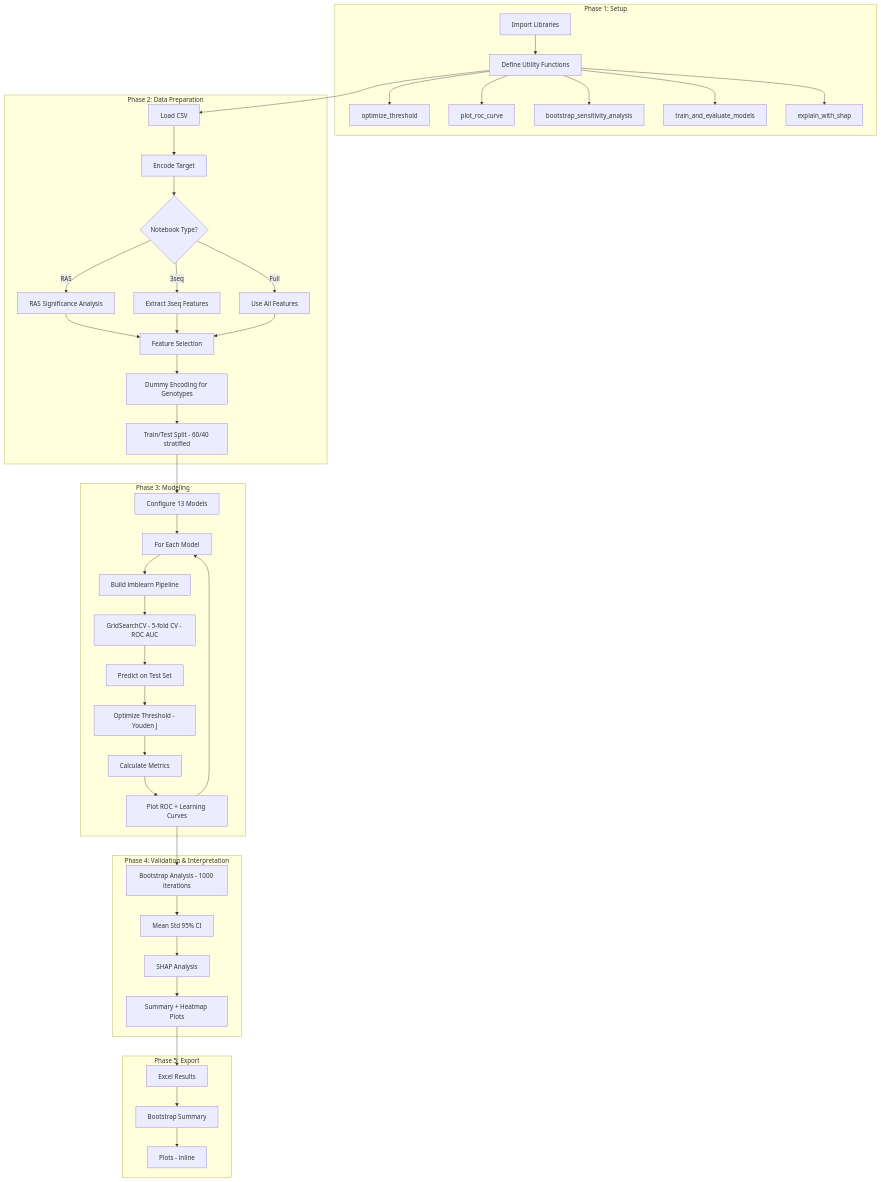
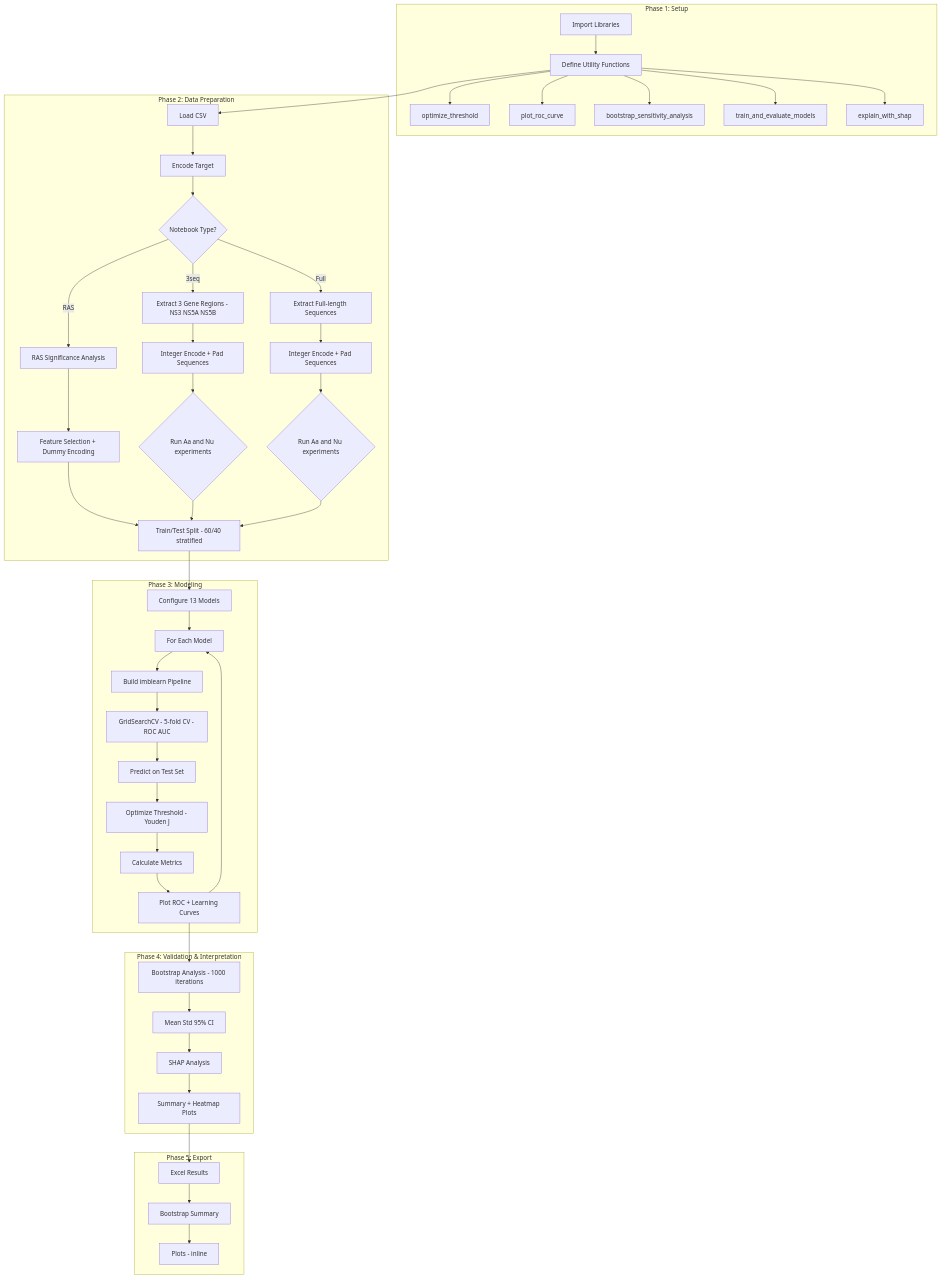
One commit to ZeroToH3ro/Predictive-Model-Advance changed the second of 2 diagrams in docs/discovery/execution_flow.md. Above: the diagram before and after it, drawn with Mermaid. The commit also changed other lines of this file and 4 other files, not shown here.

Commit message:
docs: restructure algorithm evaluation reports and update project documentation flow

````diff
--- a/docs/discovery/execution_flow.md
+++ b/docs/discovery/execution_flow.md
@@ -290,51 +342,54 @@
 ```mermaid
 graph TD
     subgraph "Phase 1: Setup"
         A1[Import Libraries] --> A2[Define Utility Functions]
         A2 --> A3[optimize_threshold]
         A2 --> A4[plot_roc_curve]
         A2 --> A5[bootstrap_sensitivity_analysis]
         A2 --> A6[train_and_evaluate_models]
         A2 --> A7[explain_with_shap]
     end
 
     subgraph "Phase 2: Data Preparation"
         B1[Load CSV] --> B2[Encode Target]
         B2 --> B3{Notebook Type?}
         B3 -->|RAS| B4[RAS Significance Analysis]
-        B3 -->|3seq| B5[Extract 3seq Features]
-        B3 -->|Full| B6[Use All Features]
-        B4 --> B7[Feature Selection]
-        B5 --> B7
-        B6 --> B7
-        B7 --> B8[Dummy Encoding for Genotypes]
-        B8 --> B9[Train/Test Split - 60/40 stratified]
+        B3 -->|3seq| B5[Extract 3 Gene Regions - NS3 NS5A NS5B]
+        B3 -->|Full| B6[Extract Full-length Sequences]
+        B4 --> B7[Feature Selection + Dummy Encoding]
+        B5 --> B5a[Integer Encode + Pad Sequences]
+        B6 --> B6a[Integer Encode + Pad Sequences]
+        B5a --> B5b{Run Aa and Nu experiments}
+        B6a --> B6b{Run Aa and Nu experiments}
+        B7 --> B9[Train/Test Split - 60/40 stratified]
+        B5b --> B9
+        B6b --> B9
     end
 
     subgraph "Phase 3: Modeling"
         C1[Configure 13 Models] --> C2[For Each Model]
         C2 --> C3[Build imblearn Pipeline]
         C3 --> C4[GridSearchCV - 5-fold CV - ROC AUC]
         C4 --> C5[Predict on Test Set]
         C5 --> C6[Optimize Threshold - Youden J]
         C6 --> C7[Calculate Metrics]
         C7 --> C8[Plot ROC + Learning Curves]
         C8 --> C2
     end
 
     subgraph "Phase 4: Validation & Interpretation"
         D1[Bootstrap Analysis - 1000 iterations] --> D2[Mean Std 95% CI]
         D2 --> D3[SHAP Analysis]
         D3 --> D4[Summary + Heatmap Plots]
     end
 
     subgraph "Phase 5: Export"
         E1[Excel Results] --> E2[Bootstrap Summary]
         E2 --> E3[Plots - inline]
     end
 
     A2 --> B1
     B9 --> C1
     C8 --> D1
     D4 --> E1
 ```
````
